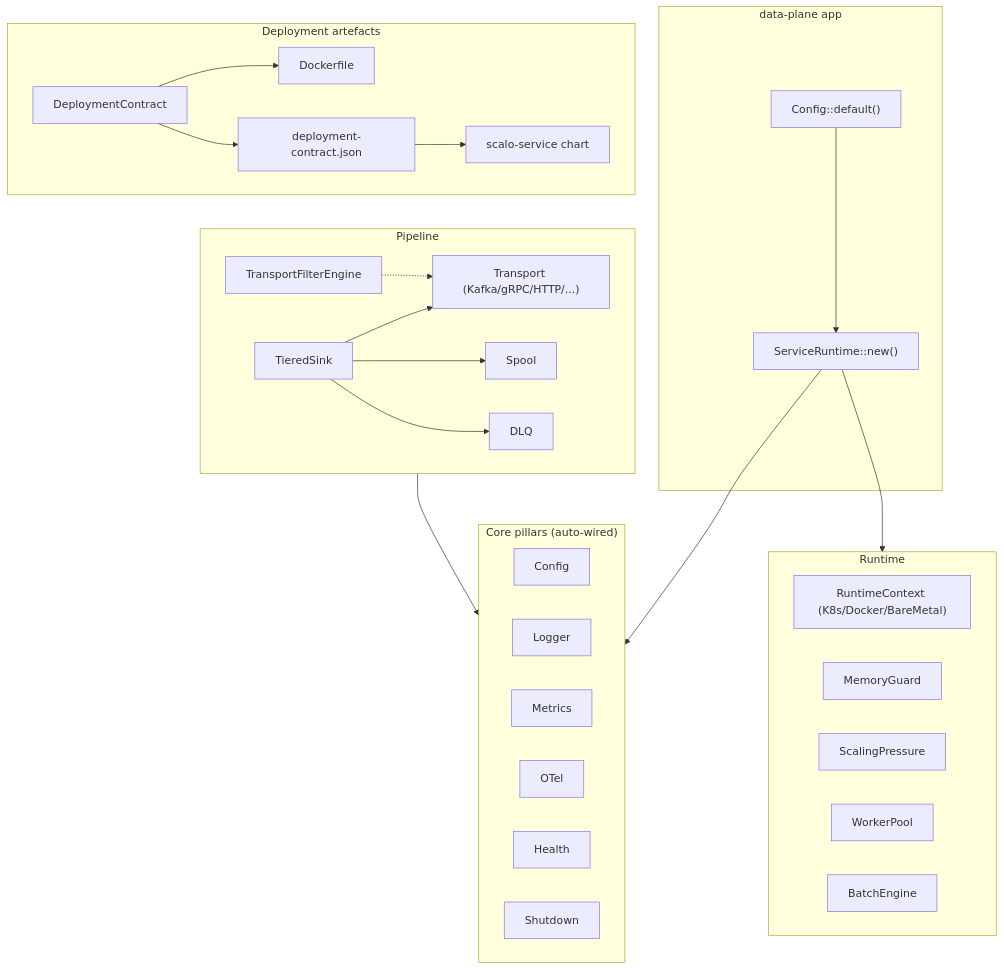
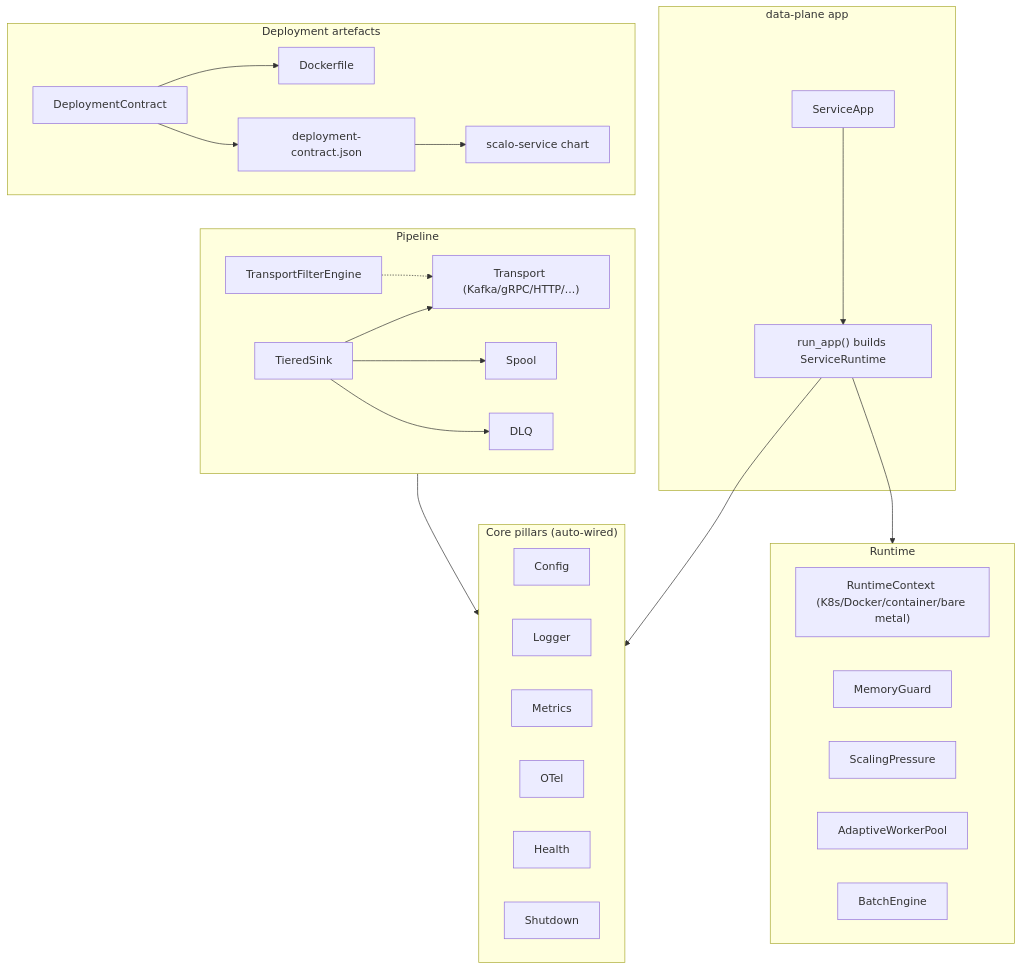
The diagram in docs/README.md (hyperi-io/scalo-rs), drawn with Mermaid before and after one commit. The commit also changed other lines of this file and 56 other files, not shown here.

````diff
--- a/docs/README.md
+++ b/docs/README.md
@@ -36,49 +31,49 @@
 ```mermaid
 flowchart TB
     subgraph App["data-plane app"]
-        Cfg["Config::default()"] --> SR["ServiceRuntime::new()"]
+        Cfg["ServiceApp"] --> SR["run_app() builds ServiceRuntime"]
     end
 
     subgraph Pillars["Core pillars (auto-wired)"]
         Config
         Logger
         Metrics
         OTel
         Health
         Shutdown
     end
 
     subgraph Runtime["Runtime"]
-        RC["RuntimeContext (K8s/Docker/BareMetal)"]
+        RC["RuntimeContext (K8s/Docker/container/bare metal)"]
         MG["MemoryGuard"]
         SP["ScalingPressure"]
-        WP["WorkerPool"]
+        WP["AdaptiveWorkerPool"]
         BE["BatchEngine"]
     end
 
     subgraph Pipeline["Pipeline"]
         T["Transport (Kafka/gRPC/HTTP/...)"]
         TF["TransportFilterEngine"]
         TS["TieredSink"]
         SPL["Spool"]
         DLQ
     end
 
     subgraph Deploy["Deployment artefacts"]
         DC["DeploymentContract"]
         DF["Dockerfile"]
         CJ["deployment-contract.json"]
         CH["scalo-service chart"]
     end
 
     SR --> Pillars
     SR --> Runtime
     Pipeline --> Pillars
     TF -.-> T
     TS --> T
     TS --> SPL
     TS --> DLQ
     DC --> DF
     DC --> CJ
     CJ --> CH
 ```
````
